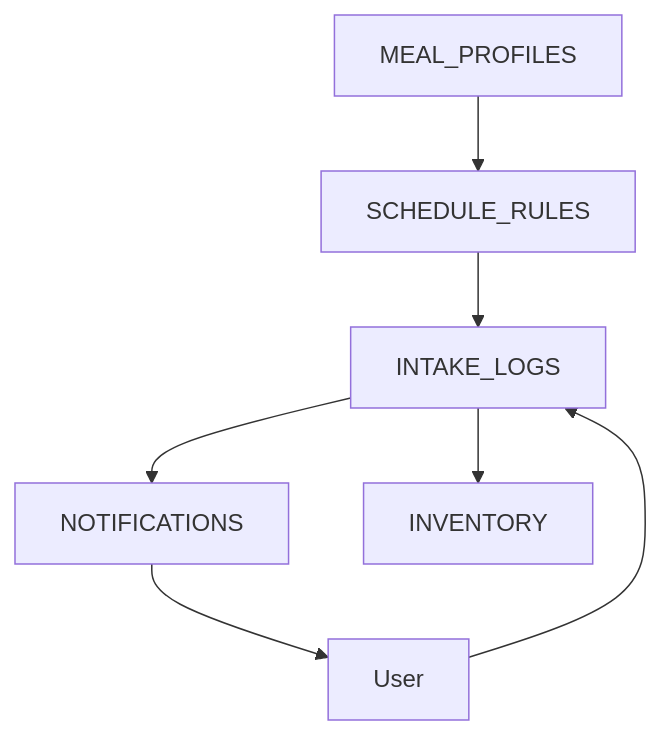
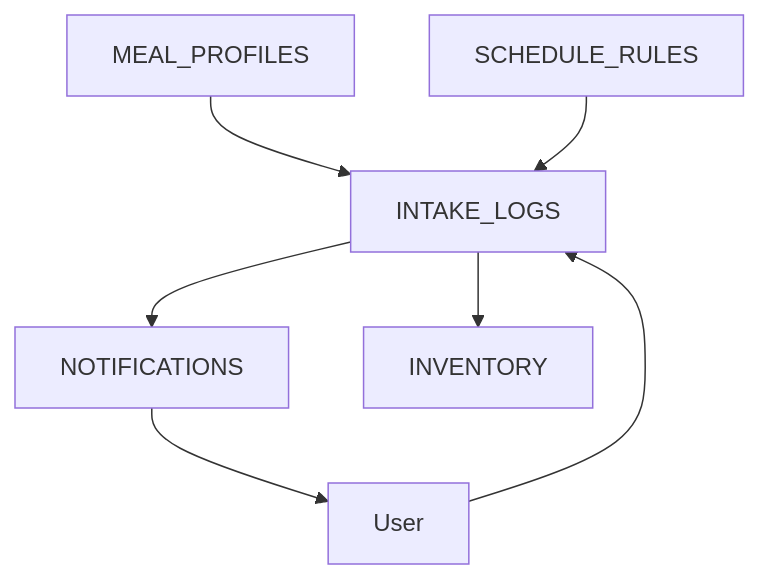
One commit to juscghwe/pilltracker changed the fourth of 4 diagrams in docs/SDD.md. Above: the diagram before and after it, drawn with Mermaid. The commit also changed other lines of this file, not shown here.

````diff
--- a/docs/SDD.md
+++ b/docs/SDD.md
@@ -239,16 +239,16 @@
 ```mermaid
 flowchart TD
     MP[MEAL_PROFILES]
     SR[SCHEDULE_RULES]
     IL[INTAKE_LOGS]
     N[NOTIFICATIONS]
     U[User]
     INV[INVENTORY]
 
-    MP --> SR
+    MP --> IL
     SR --> IL
     IL --> N
     N --> U
     U --> IL
     IL --> INV
 ```
````
